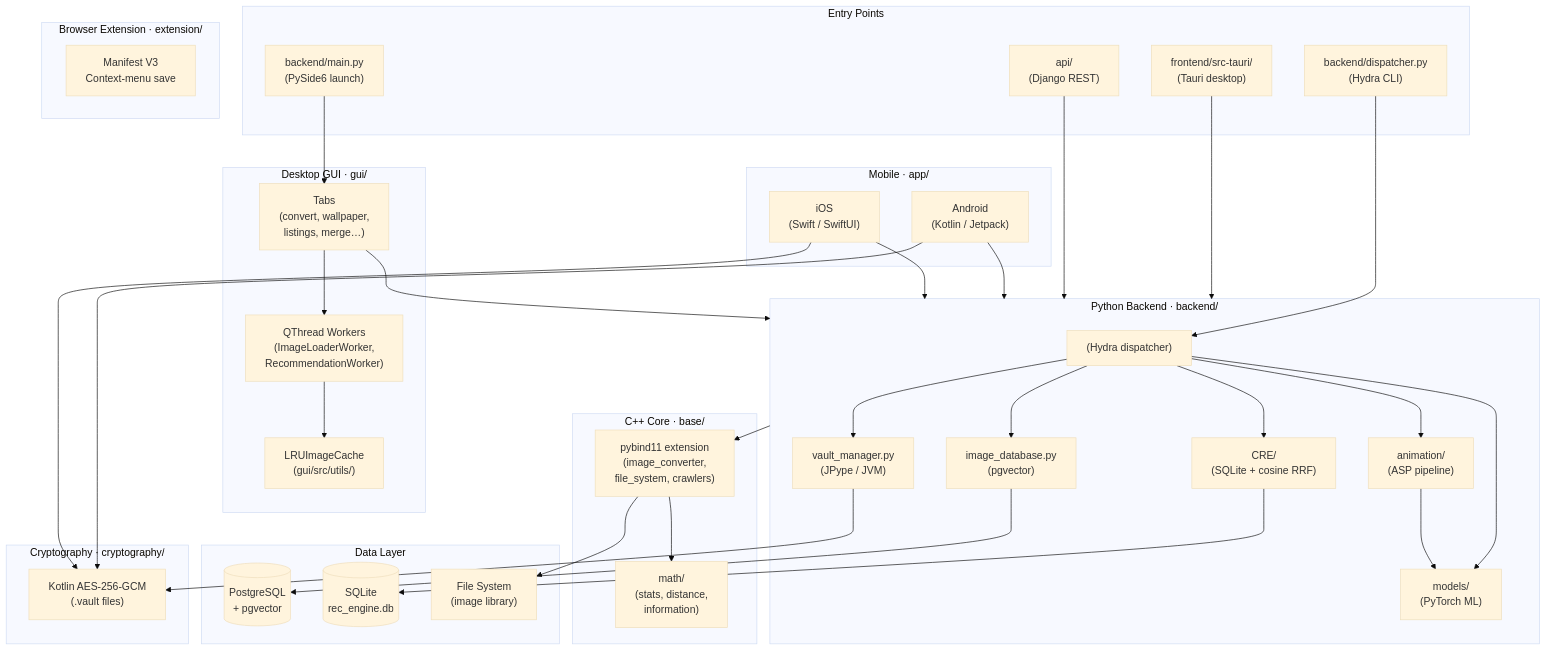
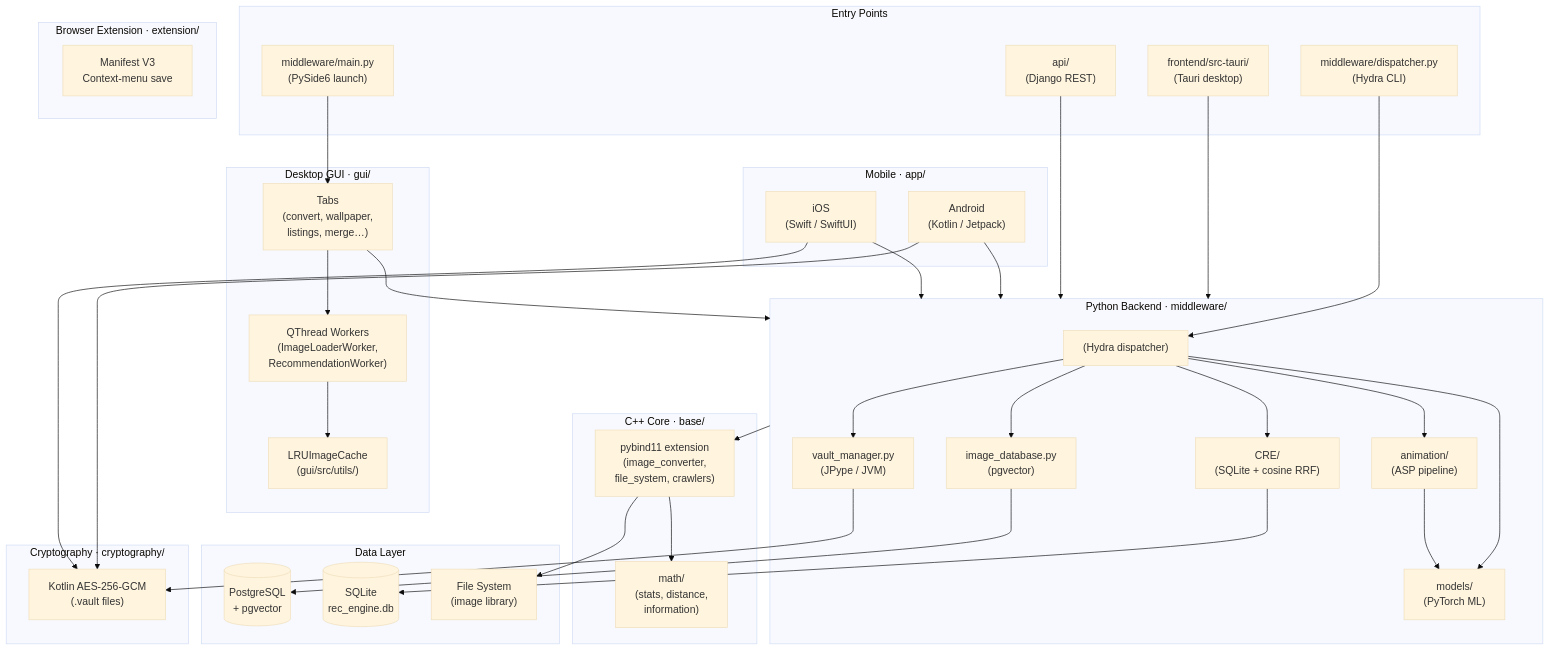
Before and after one commit to ACFHarbinger/Image-Toolkit: the first of 25 diagrams in docs/website/public/docs/ARCHITECTURE.md, drawn with Mermaid (base theme). The commit also changed other lines of this file and 1174 other files, not shown here.

First line of the commit message:
refactor!: rename the Python package backend/ → middleware/ (W0-01, #865)

````diff
--- a/docs/website/public/docs/ARCHITECTURE.md
+++ b/docs/website/public/docs/ARCHITECTURE.md
@@ -8,8 +8,8 @@
 ```mermaid
 flowchart TD
     subgraph Entry["Entry Points"]
-        MAIN["backend/main.py\n(PySide6 launch)"]
-        CLI["backend/dispatcher.py\n(Hydra CLI)"]
+        MAIN["middleware/main.py\n(PySide6 launch)"]
+        CLI["middleware/dispatcher.py\n(Hydra CLI)"]
         TAURI["frontend/src-tauri/\n(Tauri desktop)"]
         API["api/\n(Django REST)"]
     end
@@ -20,7 +20,7 @@
         LRU["LRUImageCache\n(gui/src/utils/)"]
     end
 
-    subgraph Backend["Python Backend  ·  backend/"]
+    subgraph Backend["Python Backend  ·  middleware/"]
         CTRL["(Hydra dispatcher)"]
         ANIMMOD["animation/\n(ASP pipeline)"]
         MODELS["models/\n(PyTorch ML)"]
````
